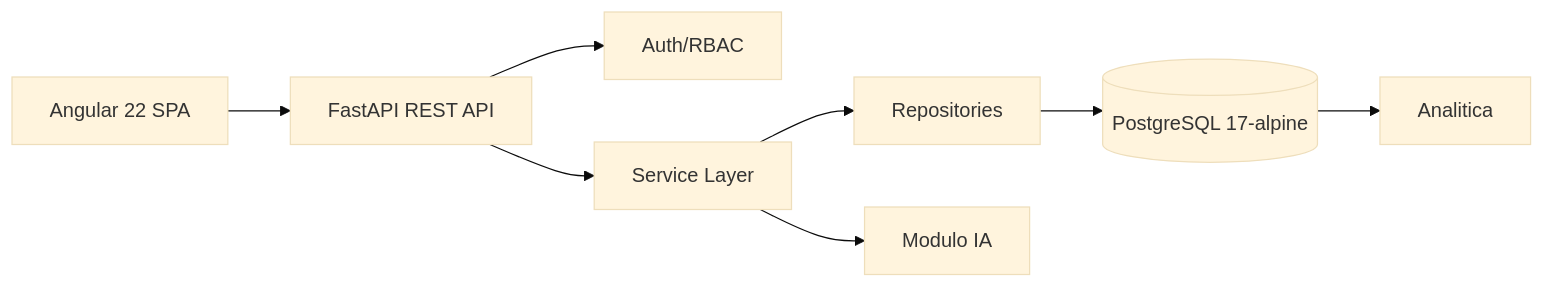
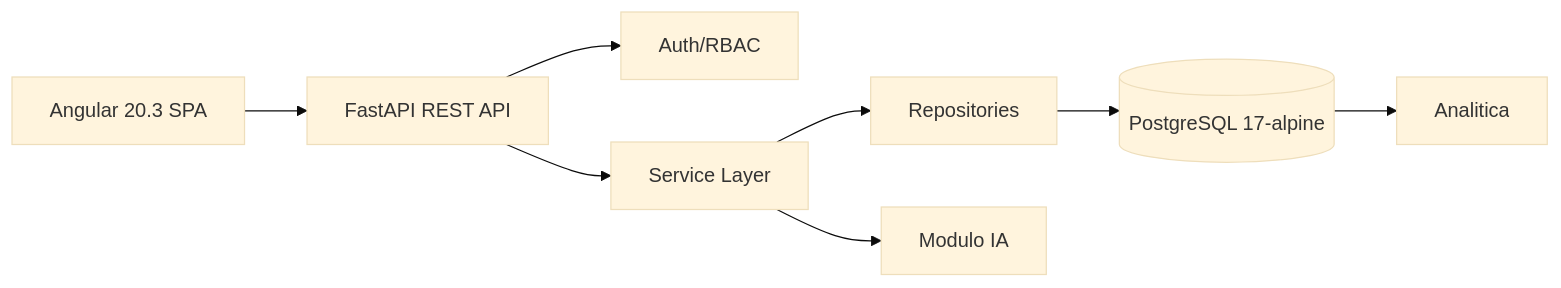
One commit to wesarzein/Paideia changed the first of 2 diagrams in ARCHITECTURE.md. Above: the diagram before and after it, drawn with Mermaid (base theme). The commit also changed 66 other files, not shown here.

````diff
--- a/ARCHITECTURE.md
+++ b/ARCHITECTURE.md
@@ -5,10 +5,10 @@
 ```mermaid
 flowchart LR
-  UI[Angular 22 SPA] --> API[FastAPI REST API]
+  UI[Angular 20.3 SPA] --> API[FastAPI REST API]
   API --> Auth[Auth/RBAC]
   API --> Services[Service Layer]
   Services --> Repos[Repositories]
   Repos --> DB[(PostgreSQL 17-alpine)]
   Services --> AI[Modulo IA]
   DB --> BI[Analitica]
 ```
````
